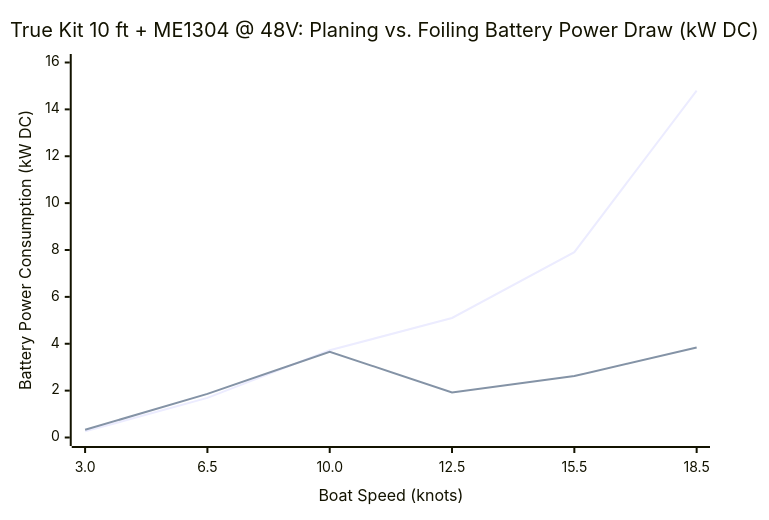
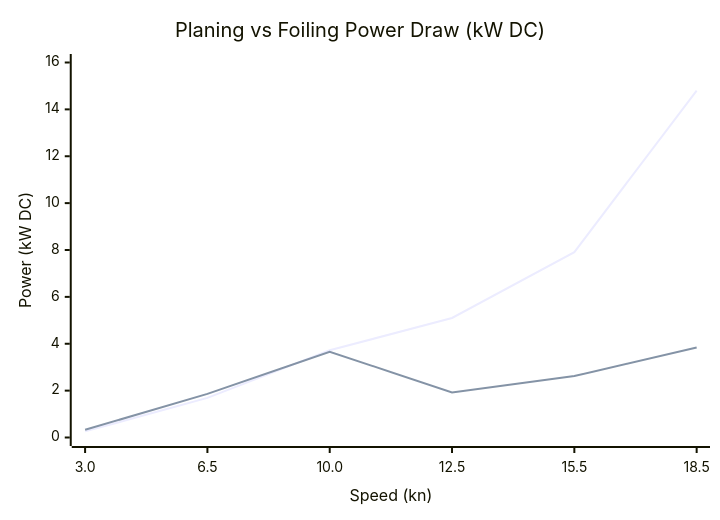
The first of 2 diagrams in electric-foiling-dinghy-guide.md (boats-boats-boats/flux-shaft), drawn with Mermaid before and after one commit. The commit also changed 1 other file, not shown here.

Commit message:
Shorten Mermaid chart titles and axis labels to prevent clipping

````diff
--- a/electric-foiling-dinghy-guide.md
+++ b/electric-foiling-dinghy-guide.md
@@ -54,8 +54,8 @@
 ```mermaid
 xychart-beta
-    title "True Kit 10 ft + ME1304 @ 48V: Planing vs. Foiling Battery Power Draw (kW DC)"
-    x-axis "Boat Speed (knots)" [3.0, 6.5, 10.0, 12.5, 15.5, 18.5]
-    y-axis "Battery Power Consumption (kW DC)" 0 --> 16
+    title "Planing vs Foiling Power Draw (kW DC)"
+    x-axis "Speed (kn)" [3.0, 6.5, 10.0, 12.5, 15.5, 18.5]
+    y-axis "Power (kW DC)" 0 --> 16
     line [0.26, 1.69, 3.72, 5.10, 7.91, 14.80]
     line [0.33, 1.86, 3.66, 1.92, 2.62, 3.84]
 ```
````
